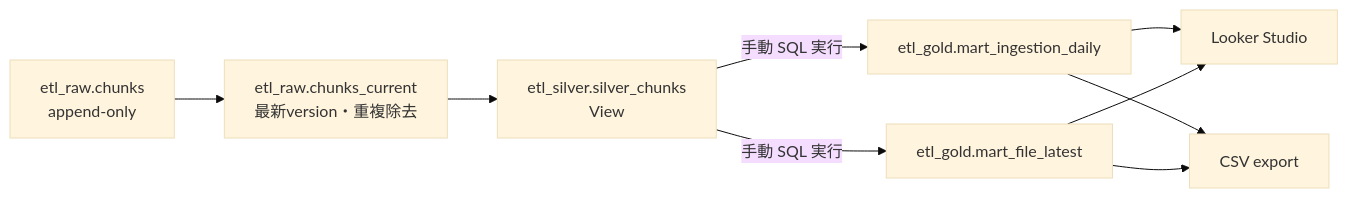
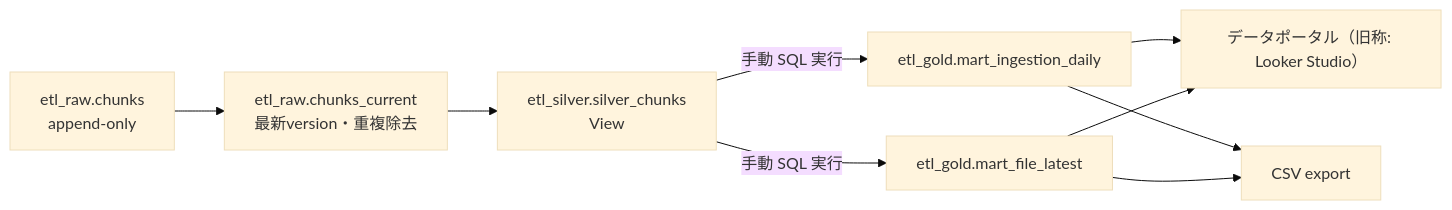
One commit to qei-2027-700/go-drive-etl changed the diagram in docs/architecture.md. Above: the diagram before and after it, drawn with Mermaid (base theme). The commit also changed other lines of this file and 1 other file, not shown here.

````diff
--- a/docs/architecture.md
+++ b/docs/architecture.md
@@ -152,11 +152,11 @@
 ```mermaid
 flowchart LR
   chunks["etl_raw.chunks\nappend-only"] --> current["etl_raw.chunks_current\n最新version・重複除去"]
   current --> silver["etl_silver.silver_chunks\nView"]
   silver -->|"手動 SQL 実行"| daily["etl_gold.mart_ingestion_daily"]
   silver -->|"手動 SQL 実行"| latest["etl_gold.mart_file_latest"]
-  daily --> looker["Looker Studio"]
+  daily --> looker["データポータル（旧称: Looker Studio）"]
   daily --> export["CSV export"]
   latest --> looker
   latest --> export
 ```
````
